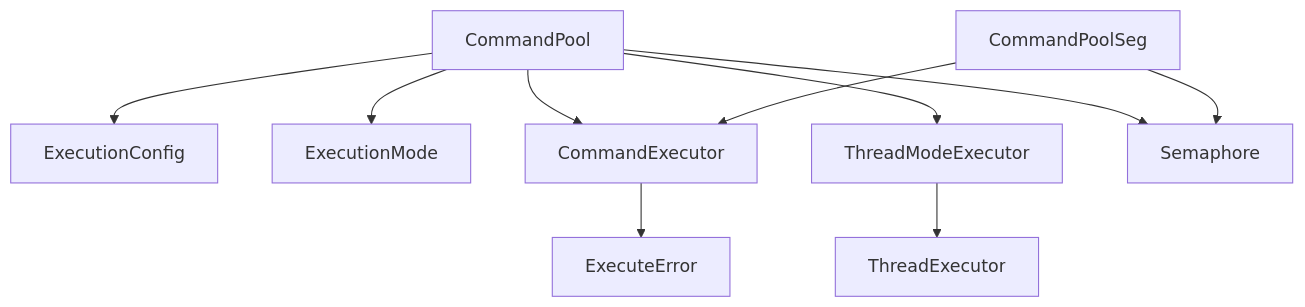
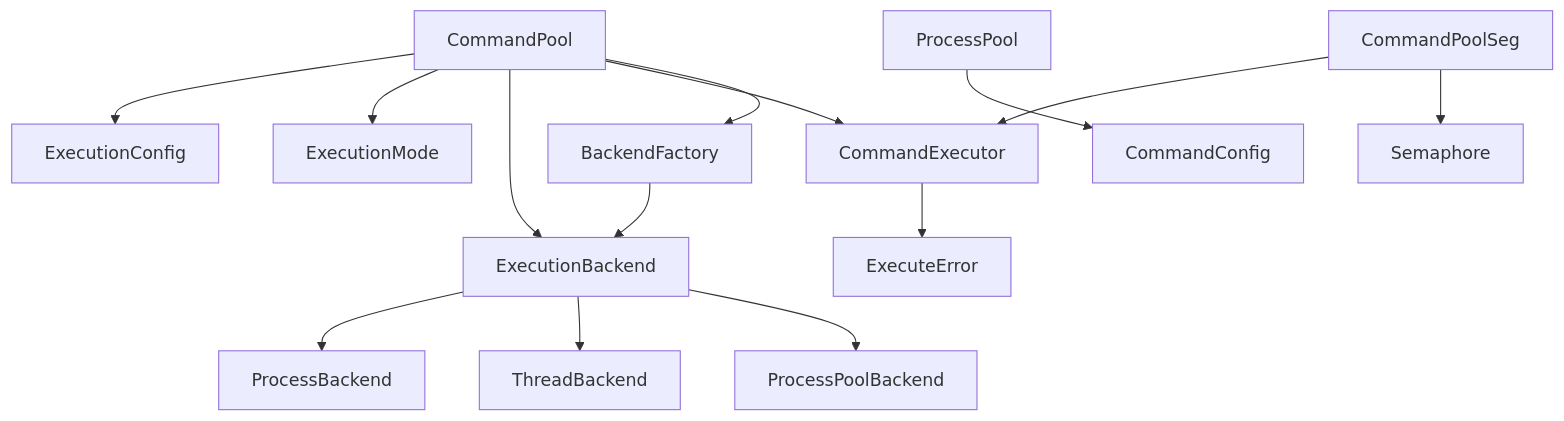
The tenth of 10 diagrams in .qoder/repowiki/zh/content/核心 API 参考/核心 API 参考.md (xcry2006/execute), drawn with Mermaid before and after one commit. The commit also changed other lines of this file and 9 other files, not shown here.

````diff
--- a/.qoder/repowiki/zh/content/核心 API 参考/核心 API 参考.md
+++ b/.qoder/repowiki/zh/content/核心 API 参考/核心 API 参考.md
@@ -472,12 +609,16 @@
 ```mermaid
 graph TB
 CP["CommandPool"] --> EC["ExecutionConfig"]
 CP --> EM["ExecutionMode"]
+CP --> EB["ExecutionBackend"]
 CP --> CE["CommandExecutor"]
-CP --> TME["ThreadModeExecutor"]
-CP --> SEM["Semaphore"]
+CP --> BF["BackendFactory"]
 CPS["CommandPoolSeg"] --> CE
-CPS --> SEM
-TME --> TE["ThreadExecutor"]
+CPS --> SEM["Semaphore"]
+EB --> PB["ProcessBackend"]
+EB --> TB["ThreadBackend"]
+EB --> PPB["ProcessPoolBackend"]
+BF --> EB
+PP["ProcessPool"] --> CFG["CommandConfig"]
 CE --> ERR["ExecuteError"]
 ```
````
